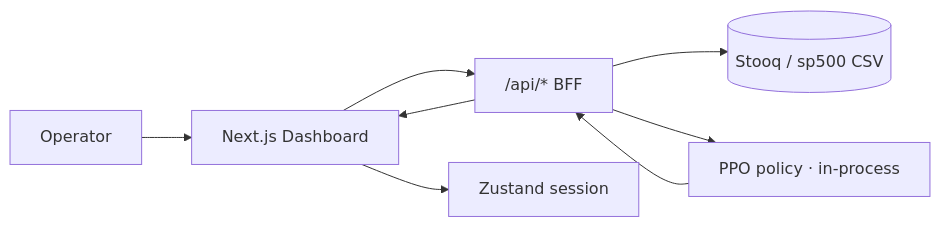
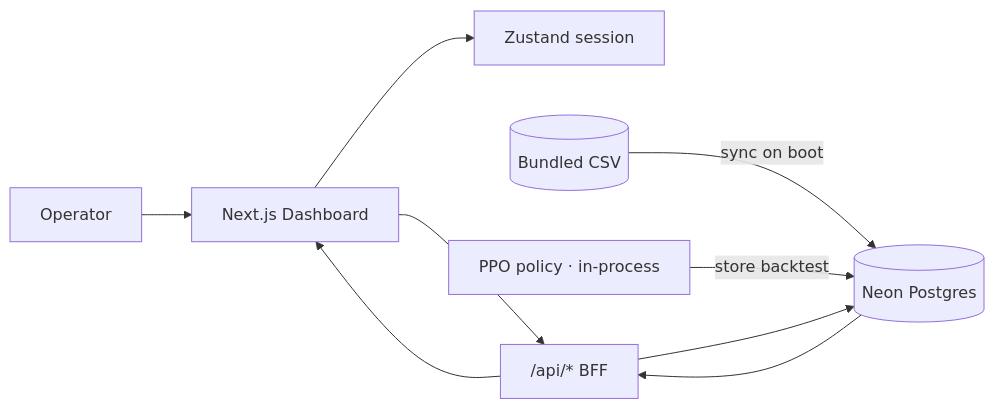
The diagram in README.md (sidnei-almeida/ai-trading-signals-dashboard), drawn with Mermaid before and after one commit. The commit also changed other lines of this file and 15 other files, not shown here.

````diff
--- a/README.md
+++ b/README.md
@@ -61,16 +61,18 @@
 ```mermaid
 flowchart LR
   USER[Operator]
   UI[Next.js Dashboard]
   BFF["/api/* BFF"]
-  STOOQ[(Stooq / sp500 CSV)]
+  CSV[(Bundled CSV)]
+  PG[(Neon Postgres)]
   PPO[PPO policy · in-process]
   STORE[Zustand session]
 
   USER --> UI
   UI --> STORE
   UI --> BFF
-  BFF --> STOOQ
-  BFF --> PPO
-  PPO --> BFF --> UI
+  BFF --> PG
+  CSV -->|sync on boot| PG
+  PPO -->|store backtest| PG
+  PG --> BFF --> UI
 ```
````
